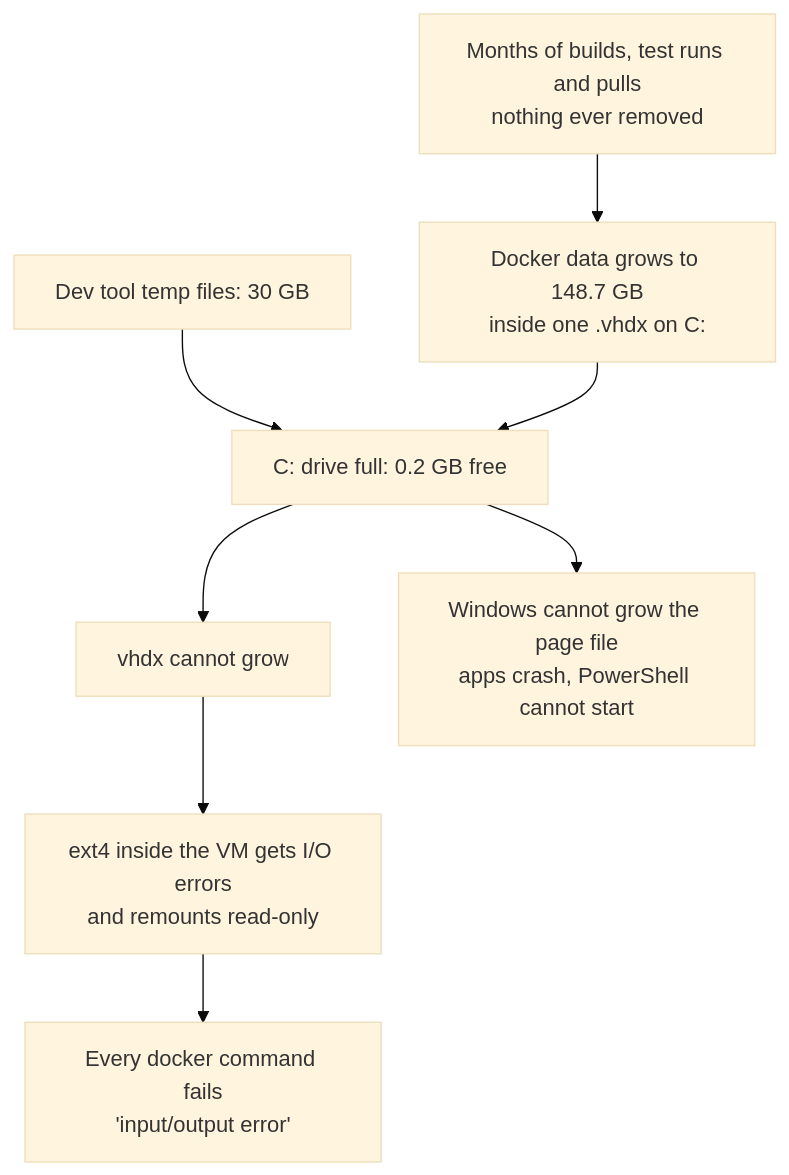
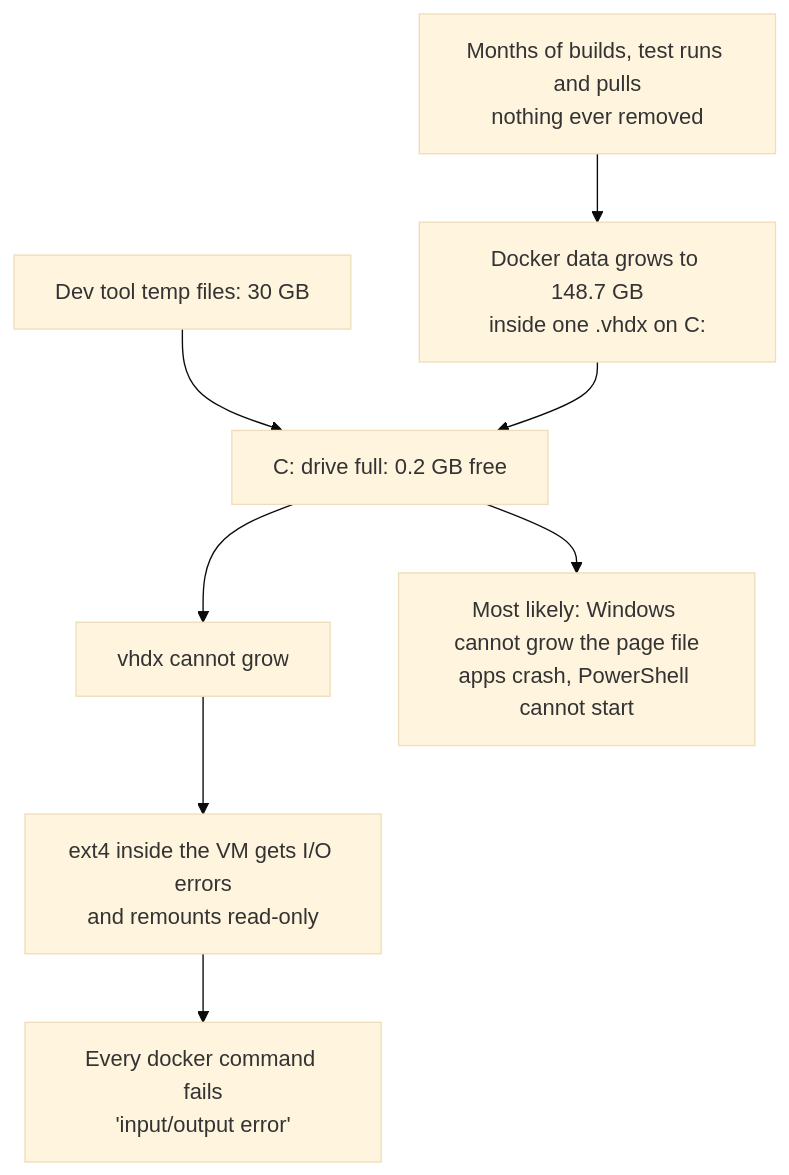
The diagram in docs/chapters/18-case-study-disk-full.md (Avinash186200/docker-from-scratch), drawn with Mermaid (base theme) before and after one commit. The commit also changed other lines of this file and 21 other files, not shown here.

````diff
--- a/docs/chapters/18-case-study-disk-full.md
+++ b/docs/chapters/18-case-study-disk-full.md
@@ -76,10 +79,10 @@
 ```mermaid
 flowchart TD
   A["Months of builds, test runs and pulls<br/>nothing ever removed"] --> B["Docker data grows to 148.7 GB<br/>inside one .vhdx on C:"]
   T["Dev tool temp files: 30 GB"] --> C
   B --> C["C: drive full: 0.2 GB free"]
   C --> D["vhdx cannot grow"]
   D --> E["ext4 inside the VM gets I/O errors<br/>and remounts read-only"]
   E --> F["Every docker command fails<br/>'input/output error'"]
-  C --> G["Windows cannot grow the page file<br/>apps crash, PowerShell cannot start"]
+  C --> G["Most likely: Windows cannot grow the page file<br/>apps crash, PowerShell cannot start"]
 ```
````
